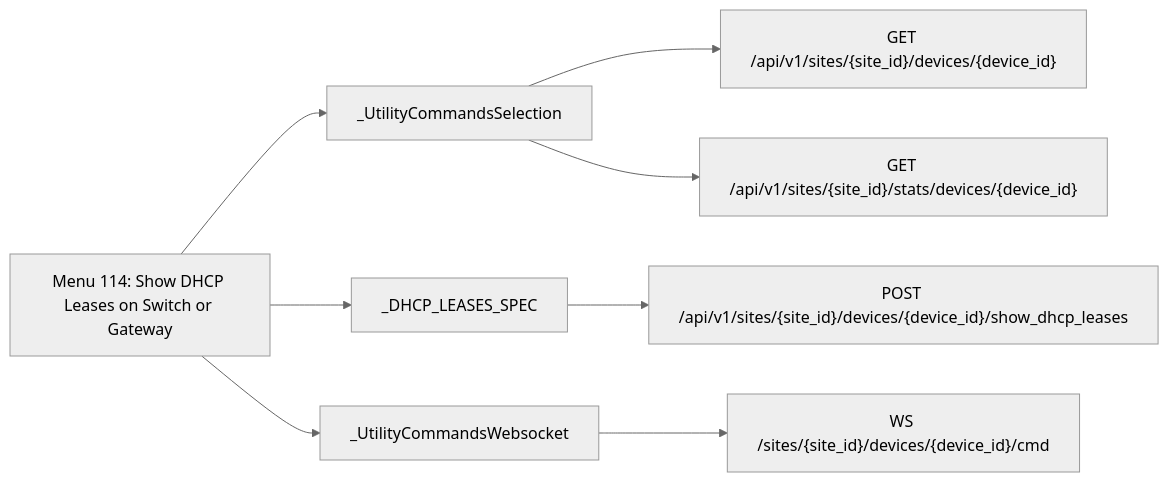
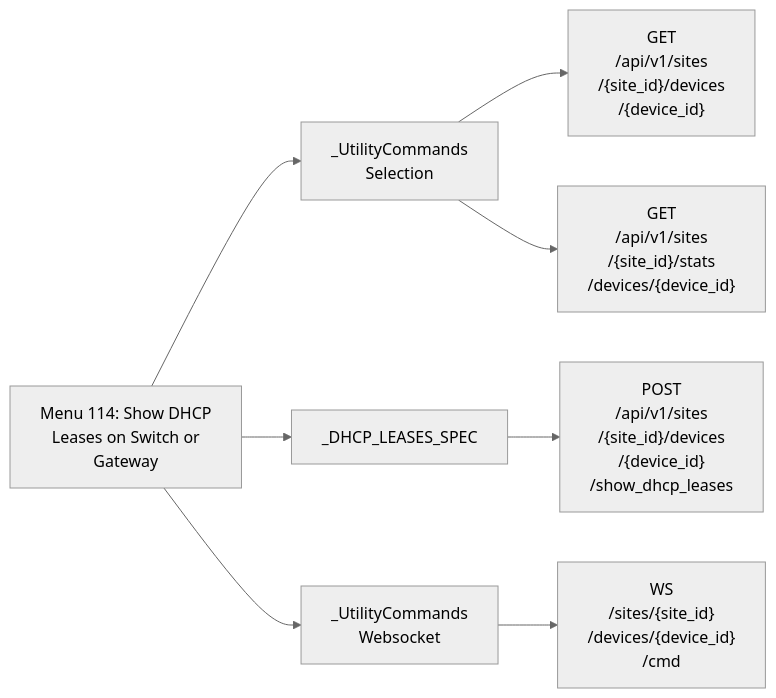
One commit to jmorrison-juniper/MistHelper changed diagram 14 of 23 in documentation/menu-api/websocket.md. Above: the diagram before and after it, drawn with Mermaid (neutral theme). The commit also changed other lines of this file and 19 other files, not shown here.

First line of the commit message:
docs(menu-api): fit the Mermaid diagrams to the wiki column

````diff
--- a/documentation/menu-api/websocket.md
+++ b/documentation/menu-api/websocket.md
@@ -417,11 +325,11 @@
 ```mermaid
 flowchart LR
-    menu["Menu 114: Show DHCP Leases on Switch or Gateway"]
-    menu --> c1["_UtilityCommandsSelection"]
-    c1 --> e1["GET /api/v1/sites/{site_id}/devices/{device_id}"]
-    c1 --> e2["GET /api/v1/sites/{site_id}/stats/devices/{device_id}"]
+    menu["Menu 114: Show DHCP<br/>Leases on Switch or<br/>Gateway"]
+    menu --> c1["_UtilityCommands<br/>Selection"]
+    c1 --> e1["GET<br/>/api/v1/sites<br/>/{site_id}/devices<br/>/{device_id}"]
+    c1 --> e2["GET<br/>/api/v1/sites<br/>/{site_id}/stats<br/>/devices/{device_id}"]
     menu --> c2["_DHCP_LEASES_SPEC"]
-    c2 --> e3["POST /api/v1/sites/{site_id}/devices/{device_id}/show_dhcp_leases"]
-    menu --> c3["_UtilityCommandsWebsocket"]
-    c3 --> e4["WS /sites/{site_id}/devices/{device_id}/cmd"]
+    c2 --> e3["POST<br/>/api/v1/sites<br/>/{site_id}/devices<br/>/{device_id}<br/>/show_dhcp_leases"]
+    menu --> c3["_UtilityCommands<br/>Websocket"]
+    c3 --> e4["WS<br/>/sites/{site_id}<br/>/devices/{device_id}<br/>/cmd"]
 ```
````
